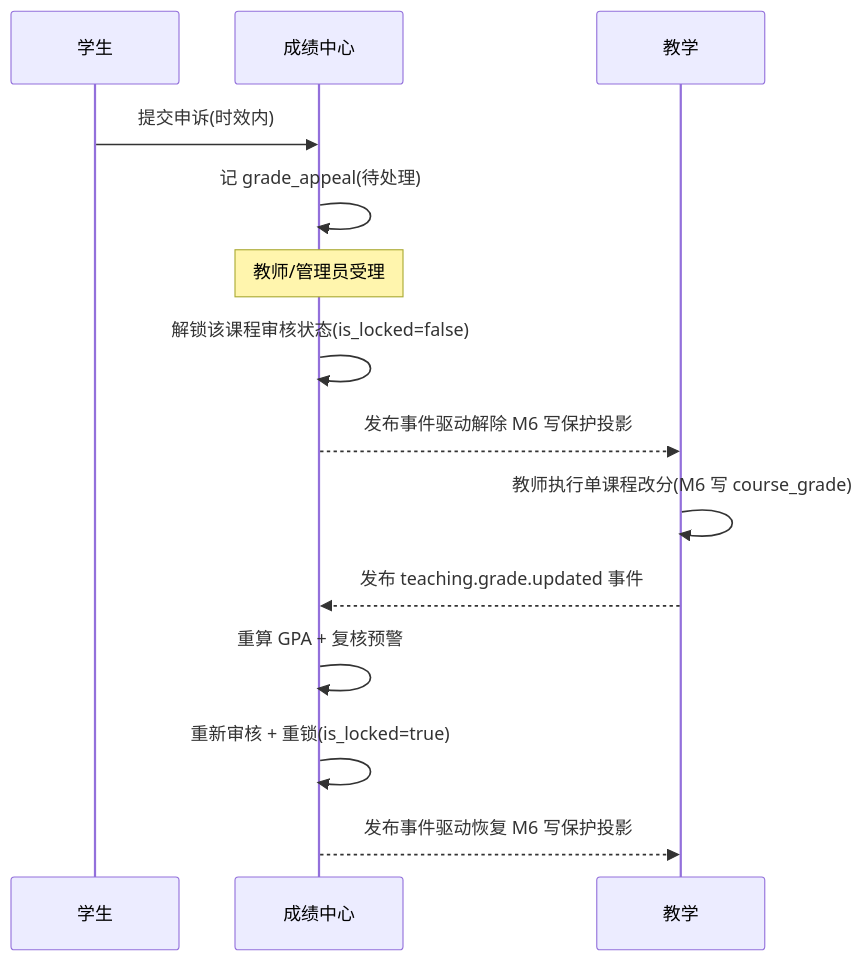
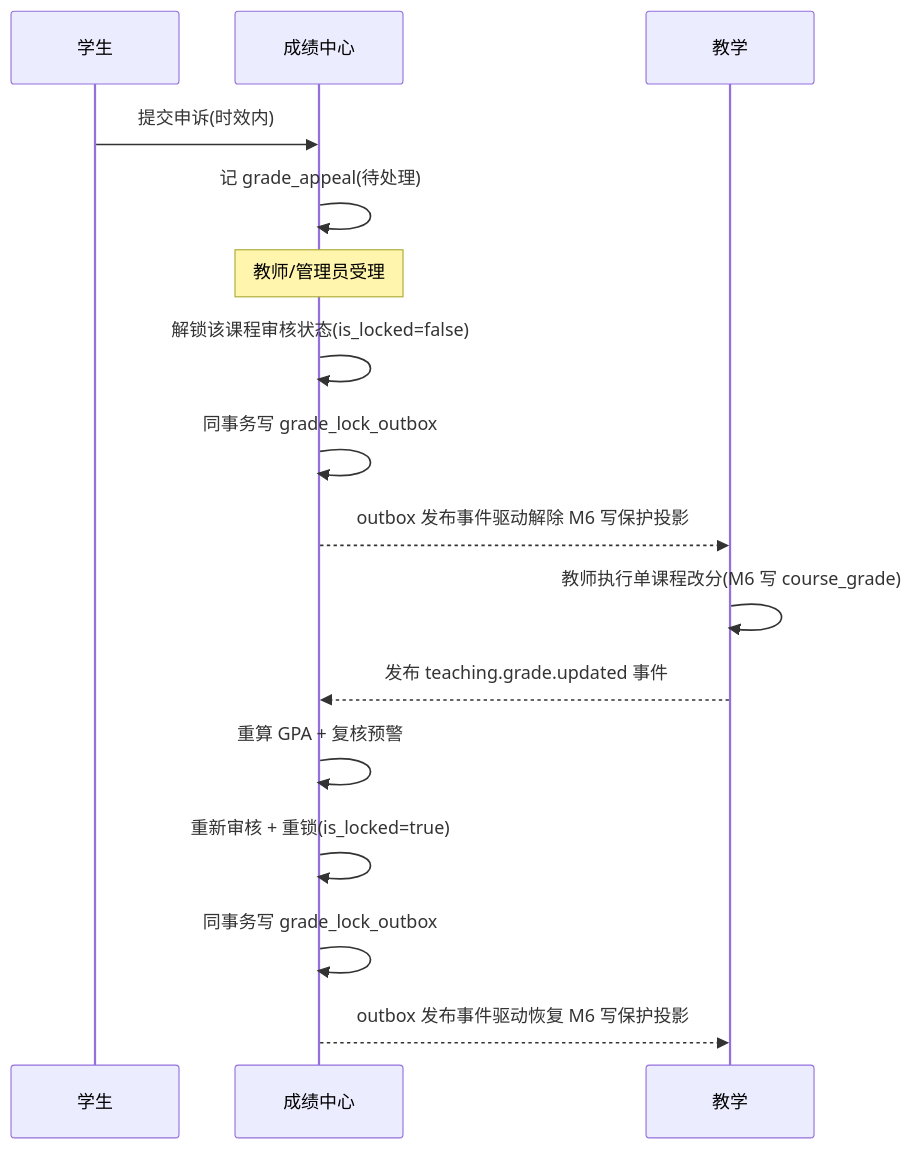
One commit to menghuishisan/CHAIMIR changed the third of 6 diagrams in docs/11-成绩中心/04-业务流程与状态机.md. Above: the diagram before and after it, drawn with Mermaid. The commit also changed other lines of this file and 256 other files, not shown here.

````diff
--- a/docs/11-成绩中心/04-业务流程与状态机.md
+++ b/docs/11-成绩中心/04-业务流程与状态机.md
@@ -39,16 +39,18 @@
 ```mermaid
 sequenceDiagram
     participant S as 学生
     participant M11 as 成绩中心
     participant M6 as 教学
     S->>M11: 提交申诉(时效内)
     M11->>M11: 记 grade_appeal(待处理)
     Note over M11: 教师/管理员受理
     M11->>M11: 解锁该课程审核状态(is_locked=false)
-    M11-->>M6: 发布事件驱动解除 M6 写保护投影
+    M11->>M11: 同事务写 grade_lock_outbox
+    M11-->>M6: outbox 发布事件驱动解除 M6 写保护投影
     M6->>M6: 教师执行单课程改分(M6 写 course_grade)
     M6-->>M11: 发布 teaching.grade.updated 事件
     M11->>M11: 重算 GPA + 复核预警
     M11->>M11: 重新审核 + 重锁(is_locked=true)
-    M11-->>M6: 发布事件驱动恢复 M6 写保护投影
+    M11->>M11: 同事务写 grade_lock_outbox
+    M11-->>M6: outbox 发布事件驱动恢复 M6 写保护投影
 ```
````
